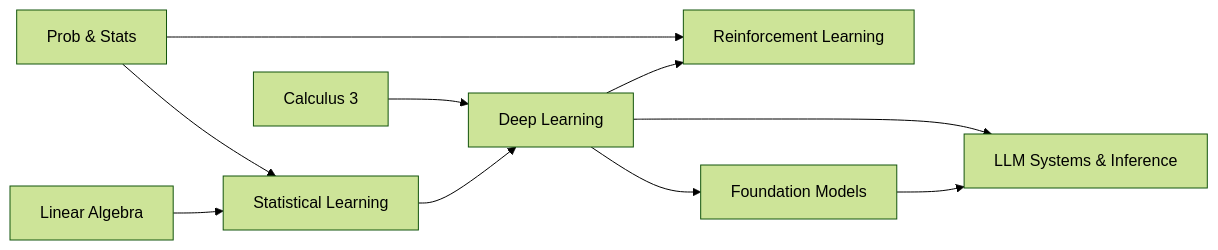
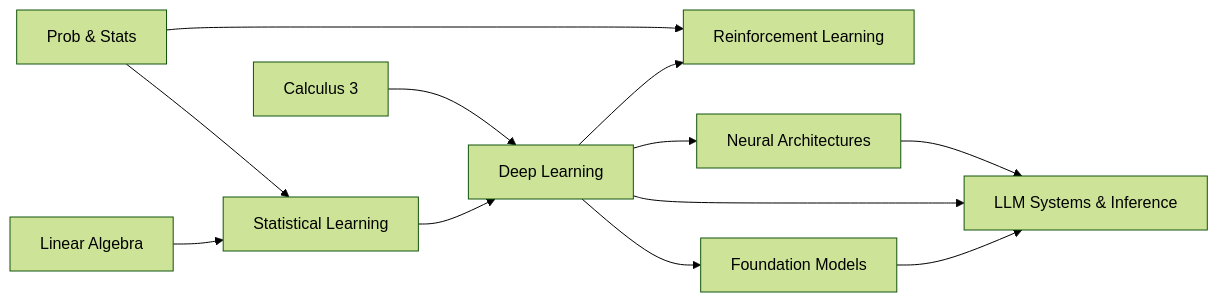
The diagram in ml/README.md (urmzd/supersource), drawn with Mermaid (forest theme) before and after one commit. The commit also changed other lines of this file and 10 other files, not shown here.

First line of the commit message:
feat(ml): add Neural Architectures & DL History topic

````diff
--- a/ml/README.md
+++ b/ml/README.md
@@ -9,12 +9,14 @@
 ```mermaid
 graph LR
     LA[Linear Algebra] --> SL[Statistical Learning]
     PS[Prob & Stats] --> SL
     SL --> DL[Deep Learning]
     C3[Calculus 3] --> DL
     DL --> RL[Reinforcement Learning]
     PS --> RL
     DL --> FM[Foundation Models]
     FM --> LLM[LLM Systems & Inference]
     DL --> LLM
+    DL --> NA[Neural Architectures]
+    NA --> LLM
 ```
````
